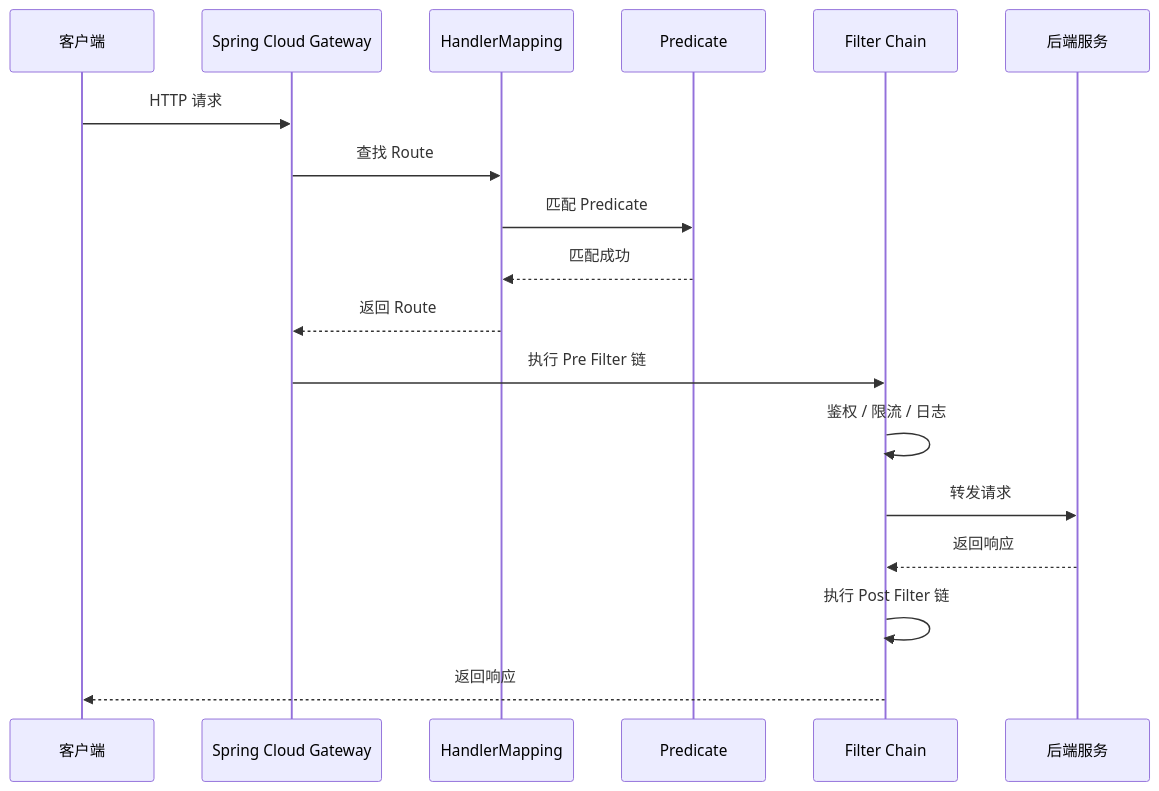
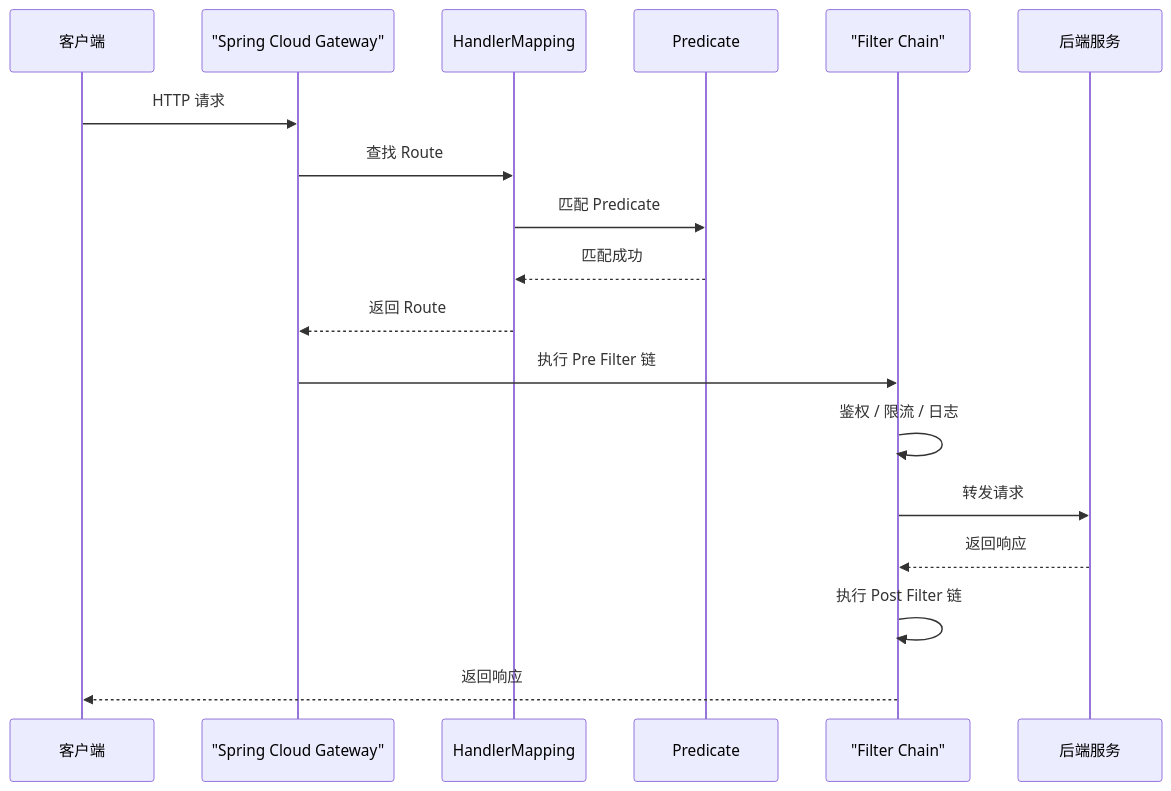
One commit to kane201x/javadoc changed the fifth of 8 diagrams in 07-spring-cloud/README.md. Above: the diagram before and after it, drawn with Mermaid. The commit also changed other lines of this file and 5 other files, not shown here.

First line of the commit message:
fix: resolve mermaid diagram syntax issues across all modules

````diff
--- a/07-spring-cloud/README.md
+++ b/07-spring-cloud/README.md
@@ -698,21 +701,21 @@
 ```mermaid
 sequenceDiagram
     participant Client as 客户端
-    participant Gateway as Spring Cloud Gateway
+    participant Gateway as "Spring Cloud Gateway"
     participant Handler as HandlerMapping
     participant Predicate as Predicate
-    participant Filter as Filter Chain
+    participant Filter as "Filter Chain"
     participant Service as 后端服务
 
     Client->>Gateway: HTTP 请求
     Gateway->>Handler: 查找 Route
     Handler->>Predicate: 匹配 Predicate
     Predicate-->>Handler: 匹配成功
     Handler-->>Gateway: 返回 Route
     Gateway->>Filter: 执行 Pre Filter 链
     Filter->>Filter: 鉴权 / 限流 / 日志
     Filter->>Service: 转发请求
     Service-->>Filter: 返回响应
     Filter->>Filter: 执行 Post Filter 链
     Filter-->>Client: 返回响应
 ```
````
